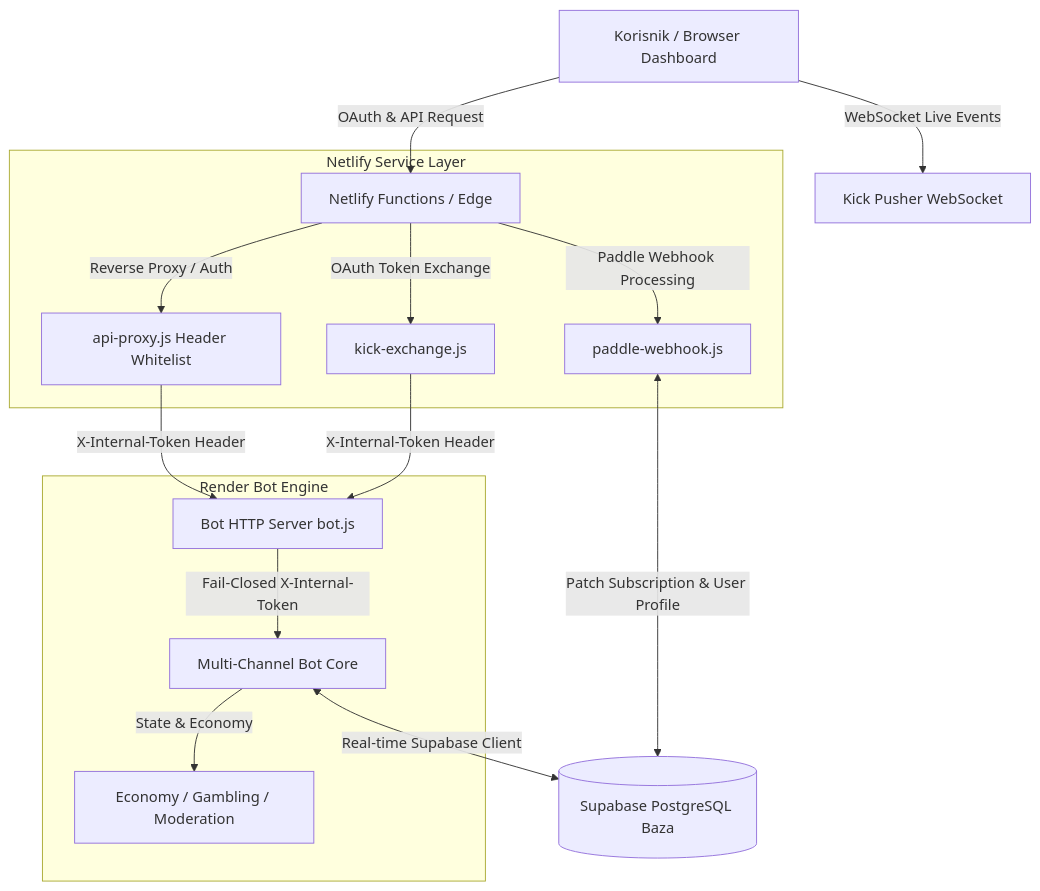
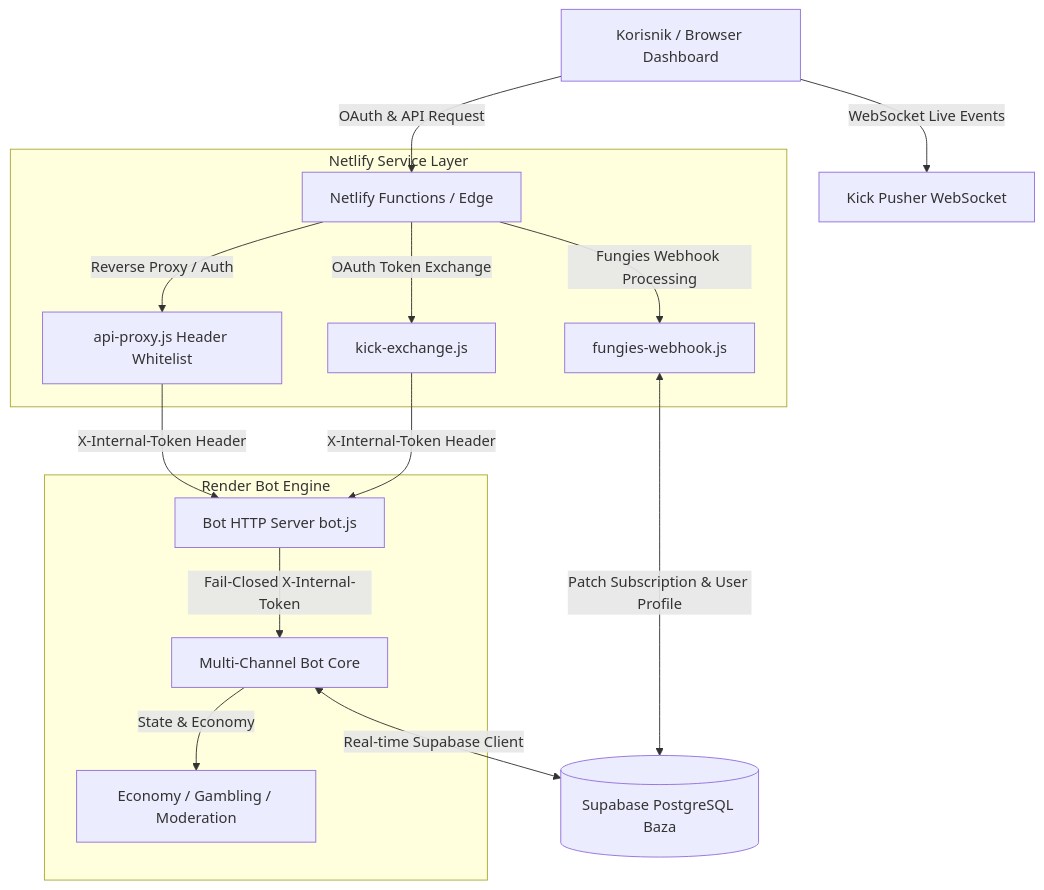
The diagram in README.md (milan-petkovski/KickALL), drawn with Mermaid before and after one commit. The commit also changed other lines of this file and 16 other files, not shown here.

````diff
--- a/README.md
+++ b/README.md
@@ -9,22 +9,22 @@
 ```mermaid
 flowchart TD
     Client[Korisnik / Browser Dashboard] -->|OAuth & API Request| Netlify[Netlify Functions / Edge]
     Client -->|WebSocket Live Events| KickPusher[Kick Pusher WebSocket]
     
     subgraph Netlify Service Layer
         Netlify -->|Reverse Proxy / Auth| ApiProxy[api-proxy.js Header Whitelist]
         Netlify -->|OAuth Token Exchange| KickExchange[kick-exchange.js]
-        Netlify -->|Paddle Webhook Processing| PaddleWH[paddle-webhook.js]
+        Netlify -->|Fungies Webhook Processing| FungiesWH[fungies-webhook.js]
     end
     
     subgraph Render Bot Engine
         BotHttp[Bot HTTP Server bot.js] -->|Fail-Closed X-Internal-Token| BotEngine[Multi-Channel Bot Core]
         BotEngine -->|State & Economy| BotLogic[Economy / Gambling / Moderation]
     end
     
     ApiProxy -->|X-Internal-Token Header| BotHttp
     KickExchange -->|X-Internal-Token Header| BotHttp
     
     BotEngine <-->|Real-time Supabase Client| Supabase[(Supabase PostgreSQL Baza)]
-    PaddleWH <-->|Patch Subscription & User Profile| Supabase
+    FungiesWH <-->|Patch Subscription & User Profile| Supabase
 ```
````
